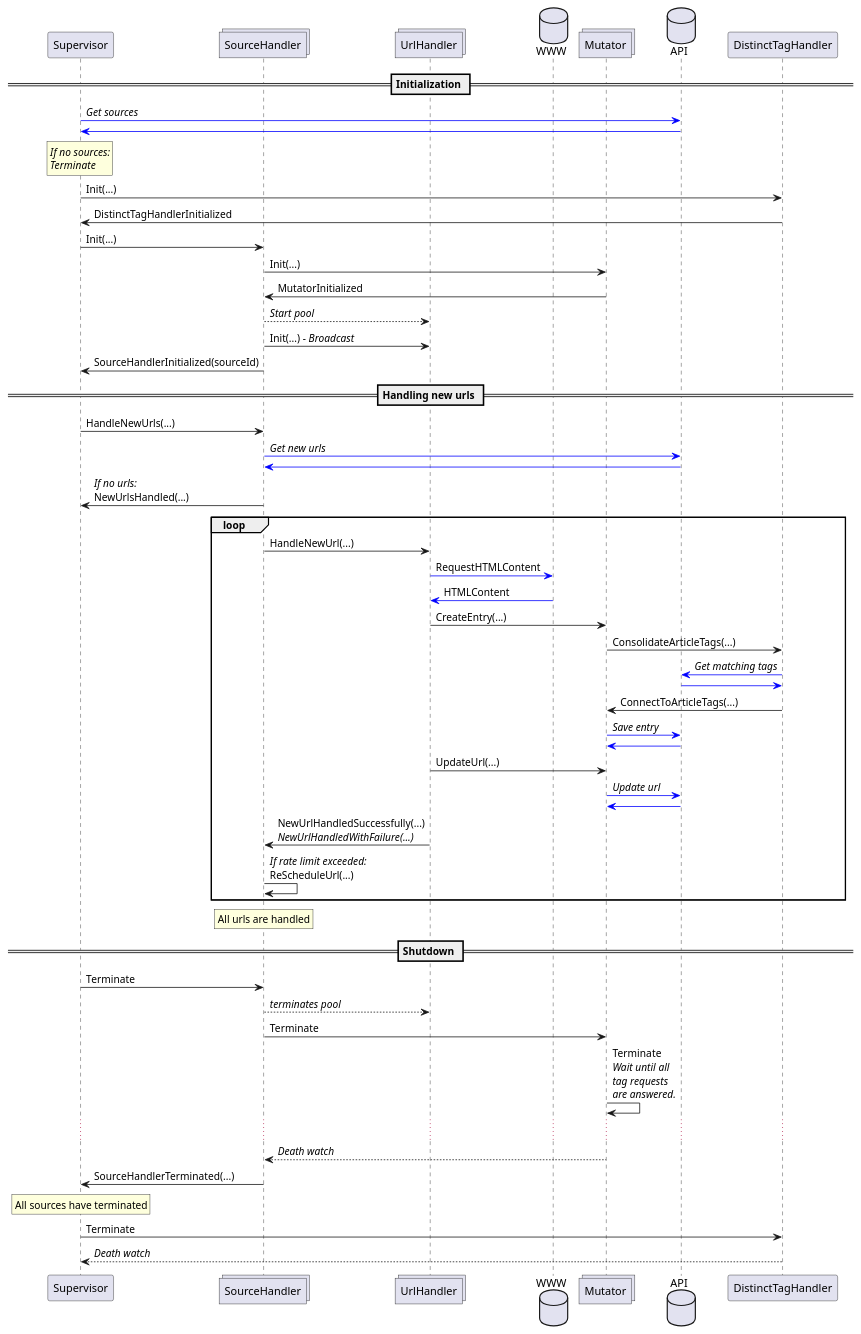
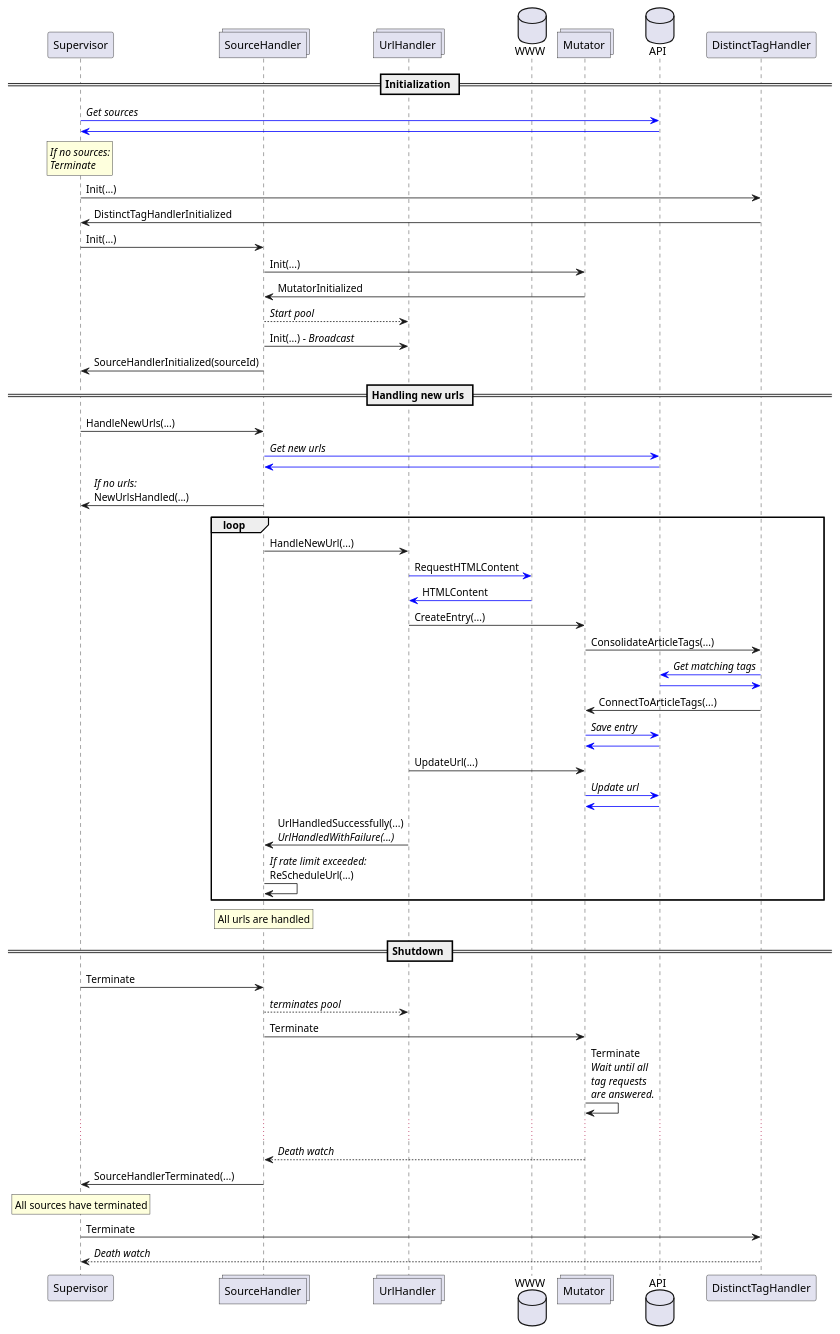
One commit to coverified/content_extractor changed the diagram in doc/proto.puml. Above: the diagram before and after it, drawn with PlantUML. The commit also changed 6 other files, not shown here.

Commit message:
Trigger SourceHandler to handle existing urls

```diff
--- a/doc/proto.puml
+++ b/doc/proto.puml
@@ -1,72 +1,72 @@
 @startuml
 participant Supervisor
 collections SourceHandler
 collections UrlHandler
 database WWW
 collections Mutator
 database API
 
 == Initialization ==
 Supervisor -[#blue]> API: //Get sources//
 API -[#blue]> Supervisor
 rnote over Supervisor: //If no sources://\n//Terminate//
 Supervisor -> DistinctTagHandler: Init(...)
 DistinctTagHandler -> Supervisor: DistinctTagHandlerInitialized
 
 Supervisor -> SourceHandler: Init(...)
 SourceHandler -> Mutator: Init(...)
 Mutator -> SourceHandler: MutatorInitialized
 SourceHandler --> UrlHandler: //Start pool//
 SourceHandler -> UrlHandler: Init(...) //- Broadcast//
 SourceHandler -> Supervisor: SourceHandlerInitialized(sourceId)
 
 == Handling new urls ==
 Supervisor -> SourceHandler: HandleNewUrls(...)
 SourceHandler -[#blue]> API: //Get new urls//
 API -[#blue]> SourceHandler
 SourceHandler -> Supervisor: //If no urls://\nNewUrlsHandled(...)
 
 loop
 SourceHandler -> UrlHandler: HandleNewUrl(...)
 UrlHandler -[#blue]> WWW: RequestHTMLContent
 WWW -[#blue]> UrlHandler: HTMLContent
 
 UrlHandler -> Mutator: CreateEntry(...)
 Mutator -> DistinctTagHandler: ConsolidateArticleTags(...)
 DistinctTagHandler -[#blue]> API: //Get matching tags//
 API -[#blue]> DistinctTagHandler
 DistinctTagHandler -> Mutator: ConnectToArticleTags(...)
 Mutator -[#blue]> API: //Save entry//
 API -[#blue]> Mutator
 ' TODO: Feed back about handled entry
 UrlHandler -> Mutator: UpdateUrl(...)
 Mutator -[#blue]> API: //Update url//
 API -[#blue]> Mutator
 ' TODO: Feed back about handled url
-UrlHandler -> SourceHandler: NewUrlHandledSuccessfully(...)\n//NewUrlHandledWithFailure(...)//
+UrlHandler -> SourceHandler: UrlHandledSuccessfully(...)\n//UrlHandledWithFailure(...)//
 
 SourceHandler -> SourceHandler: //If rate limit exceeded://\nReScheduleUrl(...)
 end loop
 
 rnote over SourceHandler
     All urls are handled
 endrnote
 
 == Shutdown ==
 
 Supervisor -> SourceHandler: Terminate
 SourceHandler --> UrlHandler: //terminates pool//
 SourceHandler -> Mutator: Terminate
 Mutator -> Mutator: Terminate\n//Wait until all//\n//tag requests//\n//are answered.//
 ...
 Mutator --> SourceHandler: //Death watch//
 
 SourceHandler -> Supervisor:SourceHandlerTerminated(...)
 
 rnote over Supervisor
     All sources have terminated
 endrnote
 Supervisor -> DistinctTagHandler: Terminate
 DistinctTagHandler --> Supervisor: //Death watch//
 
 @enduml
```
